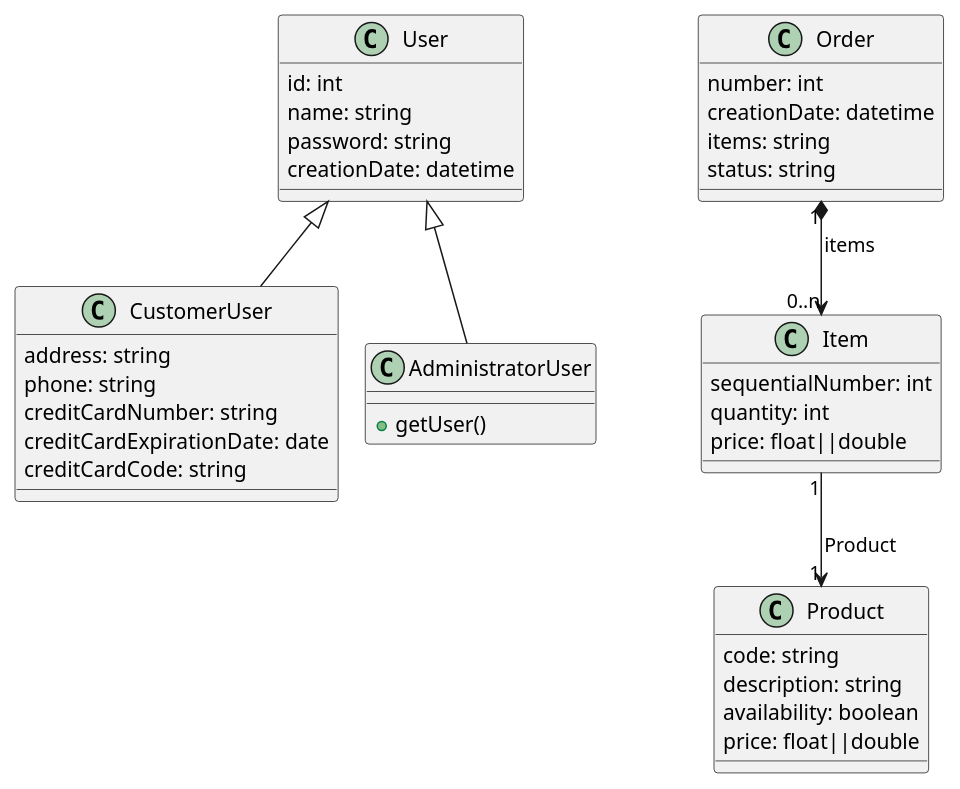
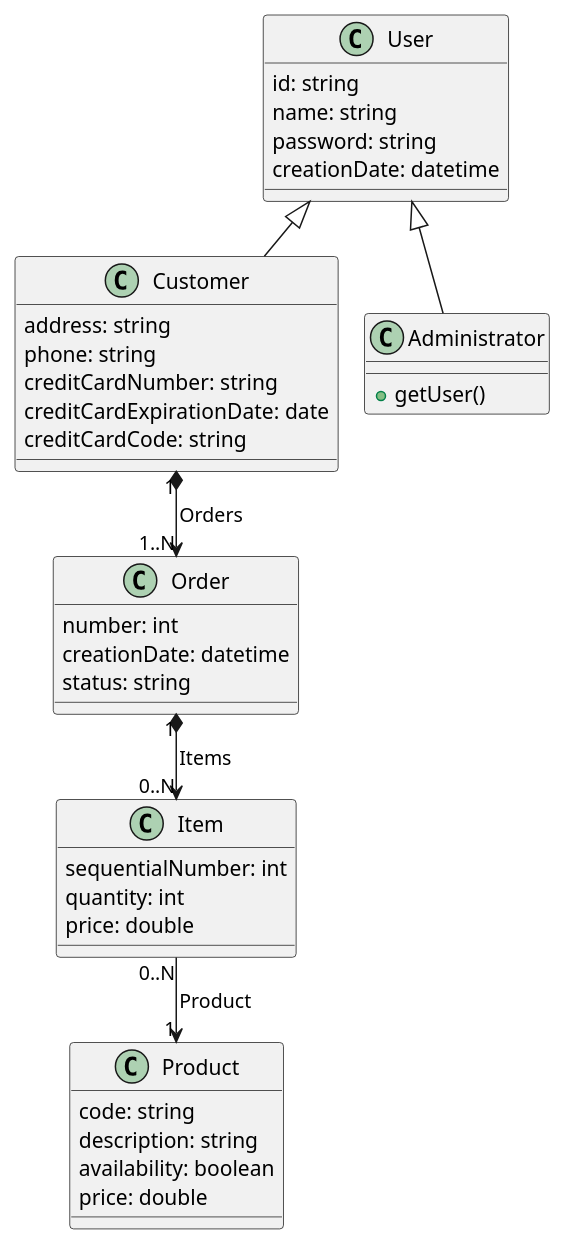
One commit to treamy1/order_management_system changed the diagram in uml/class.wsd. Above: the diagram before and after it, drawn with PlantUML.

Commit message:
Switch int ID into string type. rename CustomerUser and AdministratorUser. Drop items in Order class. Change to 0 to many for Item to Product relationship. For prices, use double. Create composition association between Customer and Order.

```diff
--- a/uml/class.wsd
+++ b/uml/class.wsd
@@ -1,50 +1,51 @@
 @startuml design
 !pragma layout smetana
 
 class User {
-    id: int
+    id: string
     name: string
     password: string
     creationDate: datetime
 }
 
-class CustomerUser {
+class Customer {
     address: string
     phone: string
     creditCardNumber: string
     creditCardExpirationDate: date
     creditCardCode: string
 }
 
-class AdministratorUser {
+class Administrator {
     + getUser()
 }
 
 class Product {
     code: string
     description: string
     availability: boolean
-    price: float||double
+    price: double
 }
 
 class Order{
     number: int
     creationDate: datetime
-    items: string
     status: string
 }
 
 class Item{
     sequentialNumber: int
     quantity: int
-    price: float||double
+    price: double
 }
 
-User <|-- CustomerUser
-User <|-- AdministratorUser
+User <|-- Customer
+User <|-- Administrator
 
-Order "1" *--> "0..n" Item : items
-Item "1" --> "1" Product: Product
+Order "1" *--> "0..N" Item : Items
+Item "0..N" --> "1" Product: Product
+Customer "1" *--> "1..N" Order: Orders
+
 
 
 @enduml
```
